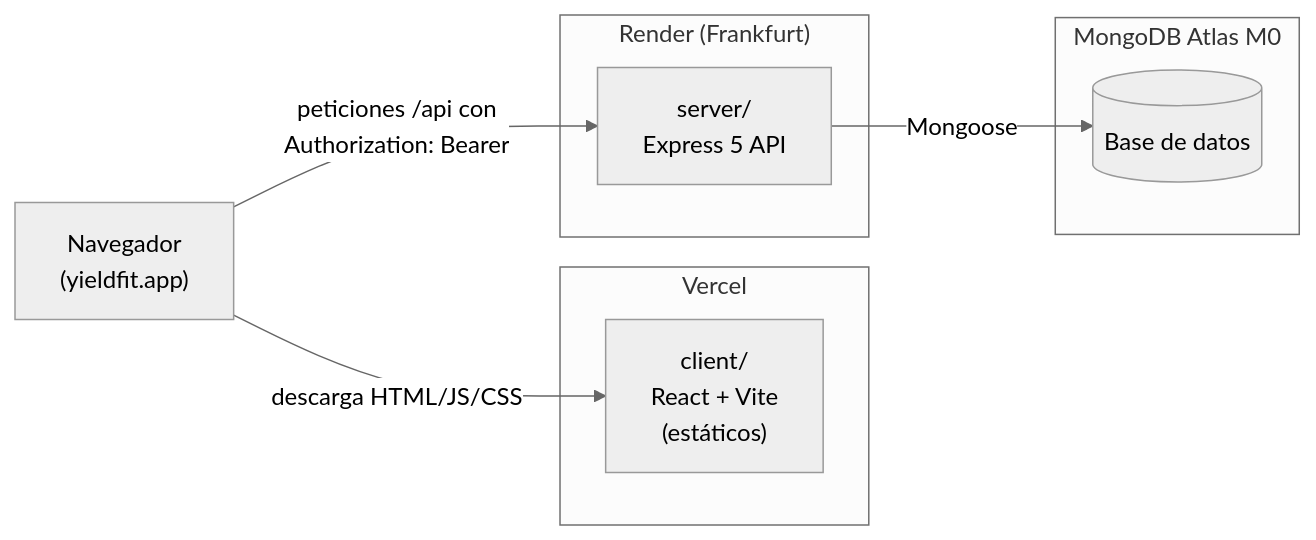
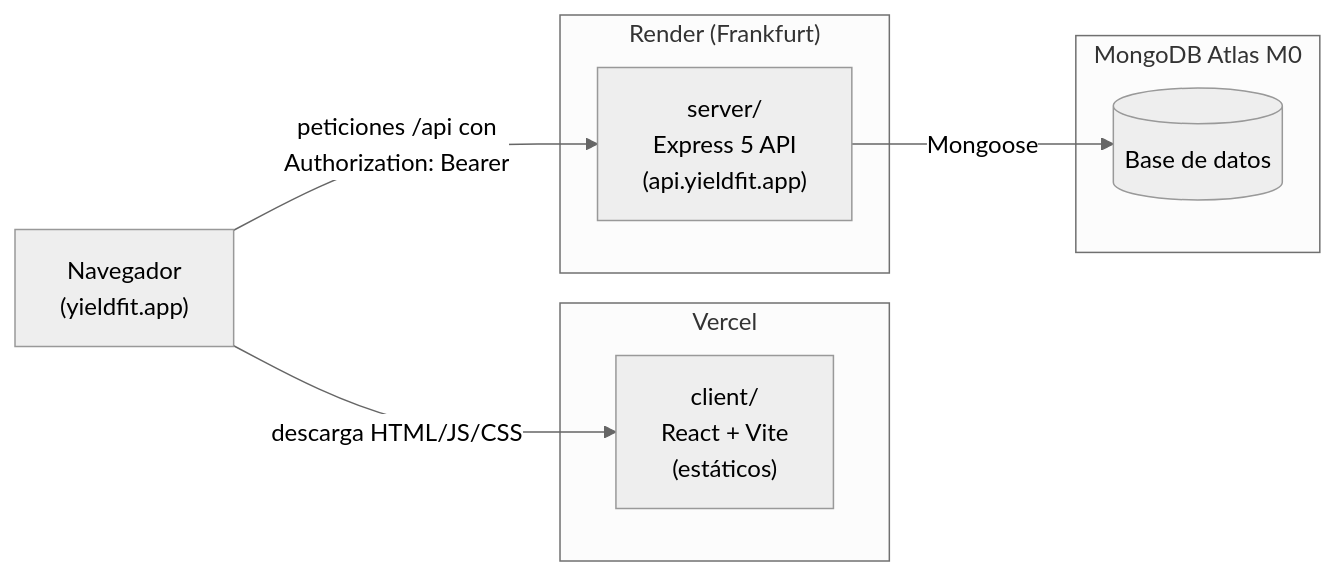
The first of 6 diagrams in docs/arquitectura.md (daviddhernandez2/yieldfit), drawn with Mermaid (neutral theme) before and after one commit. The commit also changed other lines of this file and 2 other files, not shown here.

Commit message:
docs: documenta api.yieldfit.app y la variable de Vercel

````diff
--- a/docs/arquitectura.md
+++ b/docs/arquitectura.md
@@ -10,17 +10,17 @@
 ```mermaid
 flowchart LR
     U["Navegador<br/>(yieldfit.app)"]
     subgraph Vercel
         FE["client/<br/>React + Vite<br/>(estáticos)"]
     end
     subgraph Render["Render (Frankfurt)"]
-        API["server/<br/>Express 5 API"]
+        API["server/<br/>Express 5 API<br/>(api.yieldfit.app)"]
     end
     subgraph Atlas["MongoDB Atlas M0"]
         DB[("Base de datos")]
     end
 
     U -- "descarga HTML/JS/CSS" --> FE
     U -- "peticiones /api con<br/>Authorization: Bearer" --> API
     API -- "Mongoose" --> DB
 ```
````
